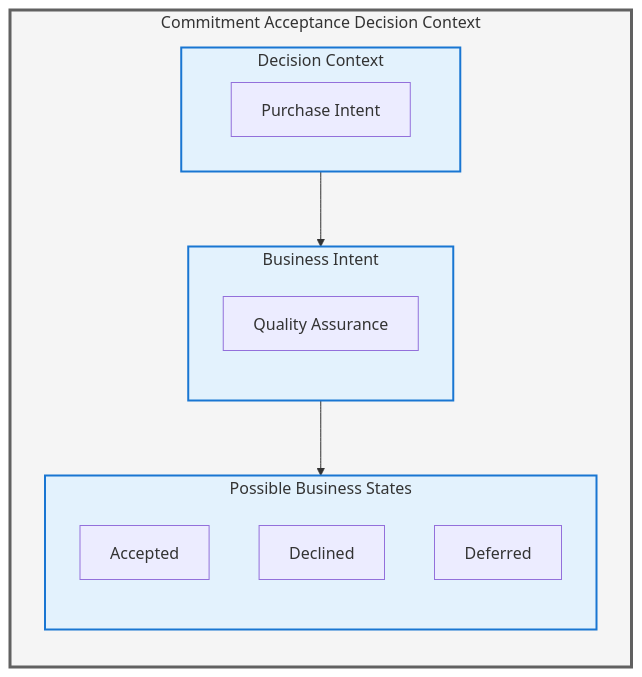
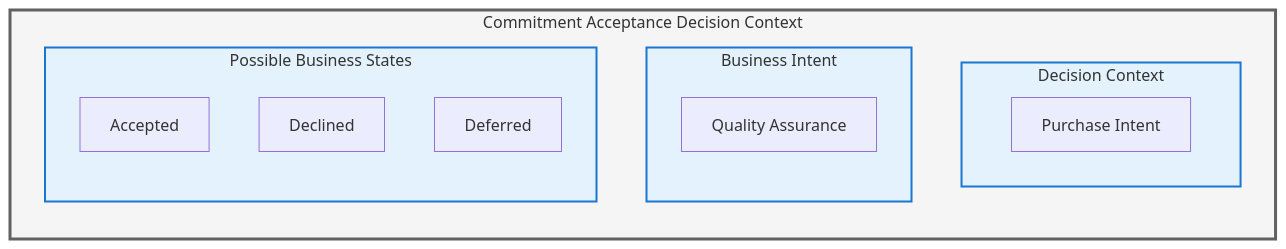
The fifth of 8 diagrams in docs/architecture/01-business-architecture.md (Evilazaro/Azure-LogicApps-Monitoring), drawn with Mermaid before and after one commit. The commit also changed other lines of this file, not shown here.

Commit message:
Refactor Business Architecture document: update diagram structures and enforce non-sequential semantics for clarity and compliance

````diff
--- a/docs/architecture/01-business-architecture.md
+++ b/docs/architecture/01-business-architecture.md
@@ -567,32 +563,29 @@
 ```mermaid
 flowchart TB
     subgraph Commitment_Decision["Commitment Acceptance Decision Context"]
         direction TB
 
         subgraph Context["Decision Context"]
             direction LR
             DC["Purchase Intent"]
         end
 
         subgraph Intent["Business Intent"]
             direction TB
             BI["Quality Assurance"]
         end
 
         subgraph Outcomes["Possible Business States"]
             direction TB
             O1["Accepted"]
             O2["Declined"]
             O3["Deferred"]
         end
-
-        Context --> Intent
-        Intent --> Outcomes
     end
 
     classDef level1 fill:#f5f5f5,stroke:#616161,stroke-width:3px
     classDef level2 fill:#e3f2fd,stroke:#1976d2,stroke-width:2px
 
     class Commitment_Decision level1
     class Context,Intent,Outcomes level2
 ```
````
